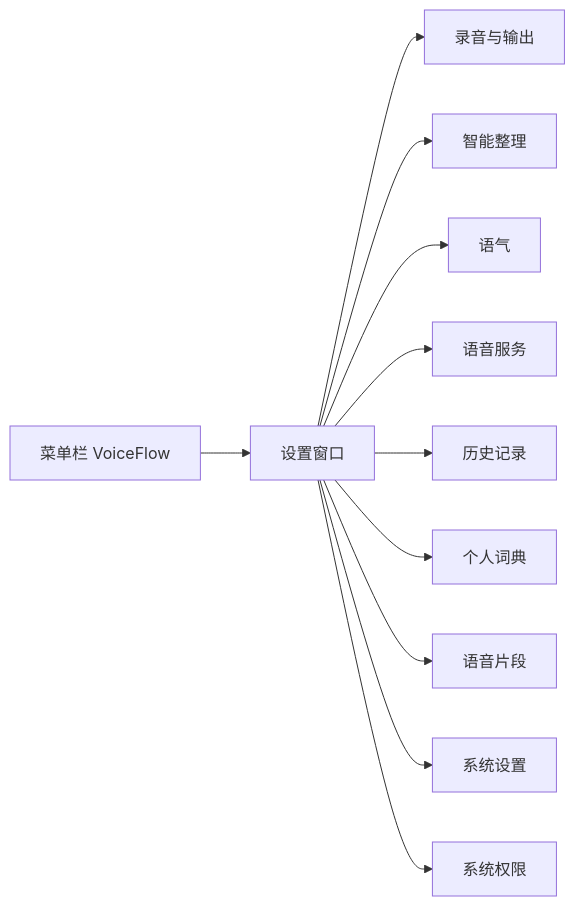
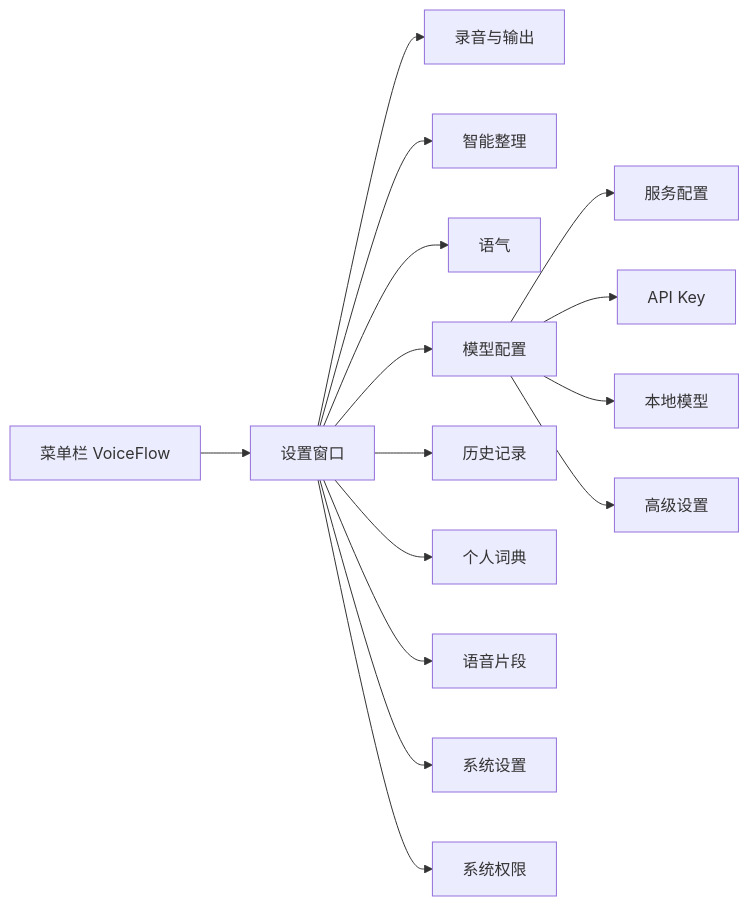
Before and after one commit to wangm12/voice-flow: the first of 2 diagrams in README.md, drawn with Mermaid. The commit also changed other lines of this file and 793 other files, not shown here.

````diff
--- a/README.md
+++ b/README.md
@@ -13,13 +13,17 @@
 ```mermaid
 flowchart LR
     A[菜单栏 VoiceFlow] --> B[设置窗口]
     B --> C[录音与输出]
     B --> D[智能整理]
     B --> E[语气]
-    B --> F[语音服务]
+    B --> F[模型配置]
+    F --> F1[服务配置]
+    F --> F2[API Key]
+    F --> F3[本地模型]
+    F --> F4[高级设置]
     B --> G[历史记录]
     B --> H[个人词典]
     B --> I[语音片段]
     B --> J[系统设置]
     B --> K[系统权限]
 ```
````
